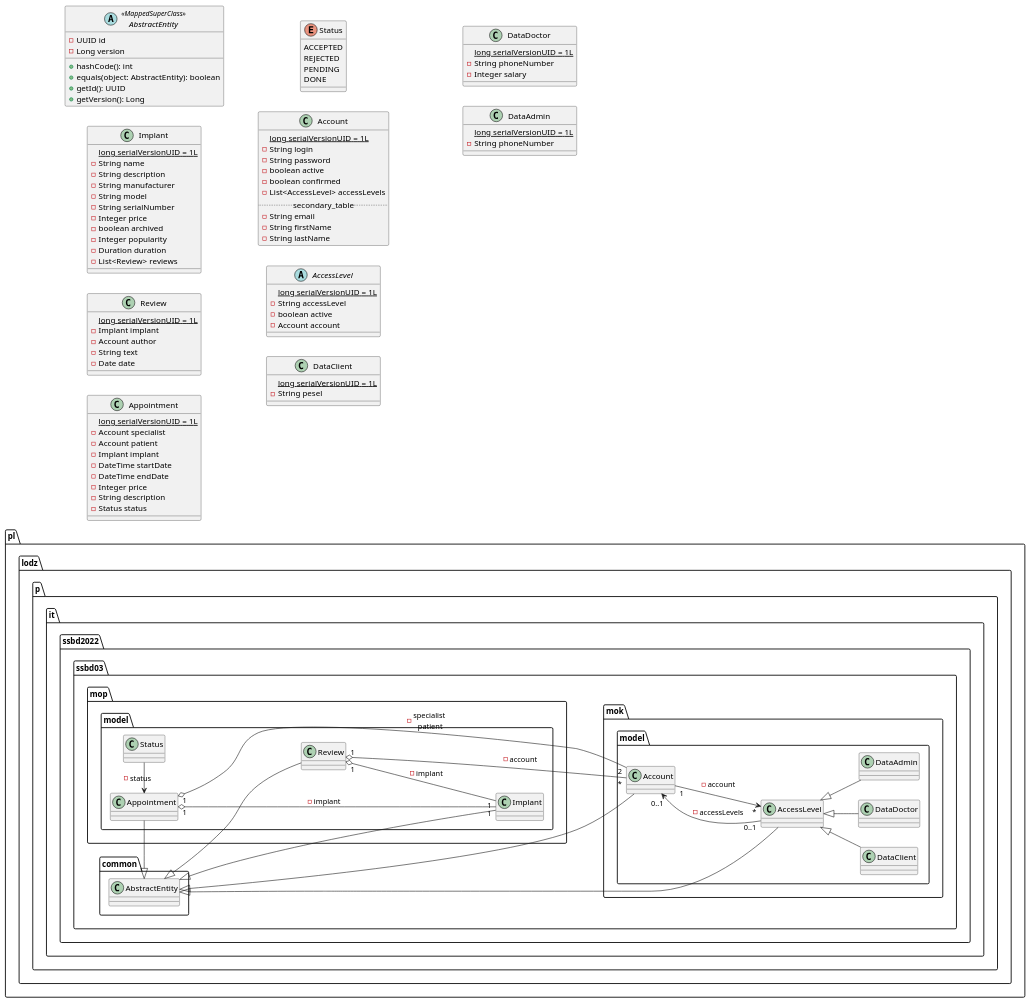
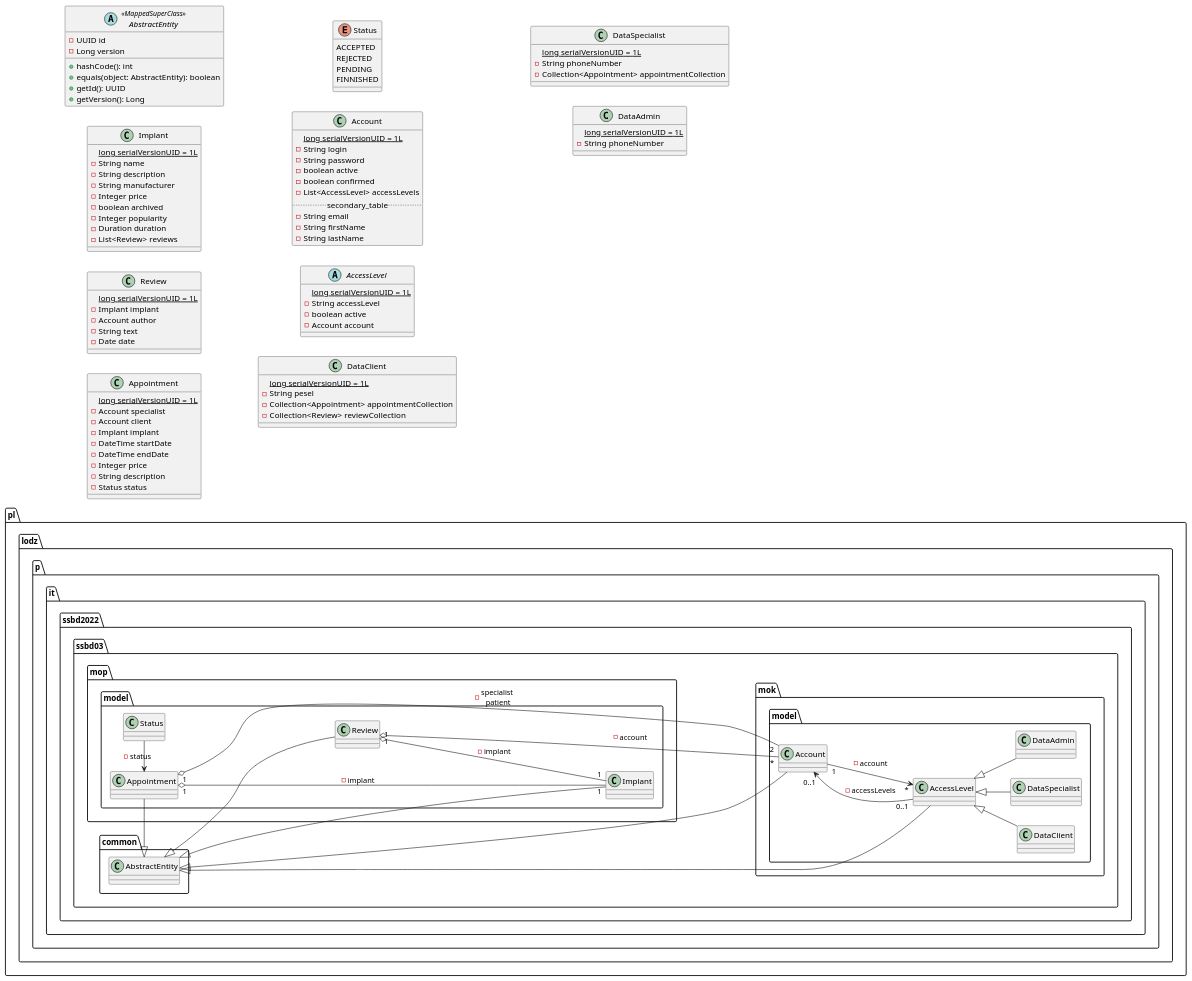
One commit to TheVivent-Politechnika-Lodzka/ssbd03_kic_uml changed the diagram in src/rozdział 6/mok_class_model.puml. Above: the diagram before and after it, drawn with PlantUML.

Commit message:
ogarnięty model encji

```diff
--- a/src/rozdział 6/mok_class_model.puml
+++ b/src/rozdział 6/mok_class_model.puml
@@ -1,168 +1,168 @@
 @startuml model
 left to right direction
 
 package pl.lodz.p.it.ssbd2022.ssbd03.mok.model {
     AccessLevel "*" <-- "1" Account : - account
     Account "0..1" <-- "0..1" AccessLevel : - accessLevels
 
     AccessLevel <|-- DataClient
-    AccessLevel <|-- DataDoctor
+    AccessLevel <|-- DataSpecialist
     AccessLevel <|-- DataAdmin
 }
 
 package pl.lodz.p.it.ssbd2022.ssbd03.mop.model {
     Appointment "1" o---- "2" Account : - specialist \n patient
     Appointment "1" o--- "1" Implant : - implant
     Review "1" o- "*" Account : - account
     Review "1" o-- "1" Implant : - implant
     Appointment <- Status : - status
 }
 
 package pl.lodz.p.it.ssbd2022.ssbd03.common {
     AbstractEntity <|- Account 
     AbstractEntity <|-- AccessLevel
     AbstractEntity <|--- Implant
     AbstractEntity <|- Review
     AbstractEntity <|- Appointment
 }
 
 
 abstract class AbstractEntity <<MappedSuperClass>> {
     -UUID id
     -Long version
 
     +hashCode(): int
     +equals(object: AbstractEntity): boolean
     +getId(): UUID
     +getVersion(): Long
 }
 
 class Implant {
     {static} long serialVersionUID = 1L
     -String name
     -String description
     -String manufacturer
-    -String model
-    -String serialNumber
     -Integer price
     -boolean archived
     -Integer popularity
     -Duration duration
     -List<Review> reviews
 }
 
 class Review {
     {static} long serialVersionUID = 1L
     -Implant implant
     -Account author
     -String text
     -Date date
 }
 
 class Appointment {
     {static} long serialVersionUID = 1L
     -Account specialist
-    -Account patient
+    -Account client
     -Implant implant
     -DateTime startDate
     -DateTime endDate
     -Integer price
     -String description
     -Status status
 }
 
 enum Status {
     ACCEPTED
     REJECTED
     PENDING
-    DONE
+    FINNISHED
 }
 
 class Account {
     {static} long serialVersionUID = 1L
     -String login
     -String password
     -boolean active
     -boolean confirmed
     -List<AccessLevel> accessLevels
     .. secondary_table ..
     -String email
     -String firstName
     -String lastName
     ' --
     ' +Account()
     ' +Account(
     '     login: String,
     '     password: String,
     '     active: boolean,
     '     confirmed: boolean,
     '     accessLevels: List<AccessLevel>,
     '     email: String,
     '     firstName: String,
     '     lastName: String
     ' )
     ' +getLogin(): String
     ' +getPassword(): String
     ' +isActive(): boolean
     ' +isConfirmed(): boolean
     ' +getAccessLevels(): List<AccessLevel>
     ' +getEmail(): String
     ' +getFirstName(): String
     ' +getLastName(): String
     ' +setLogin(login: String): void
     ' +setPassword(password: String): void
     ' +setActive(active: boolean): void
     ' +setConfirmed(confirmed: boolean): void
     ' +setEmail(email: String): void
     ' +setFirstName(firstName: String): void
     ' +setLastName(lastName: String): void
     ' +toString(): String
 }
 
 abstract class AccessLevel {
     {static} long serialVersionUID = 1L
     -String accessLevel
     -boolean active
     -Account account
     ' --
     ' +getAccessLevel(): String
     ' +isActive(): boolean
     ' +getAccount(): Account
     ' +setAccessLevel(accessLevel: String): void
     ' +setActive(active: boolean): void
     ' +setAccount(account: Account): void
     ' +toString(): String
 }
 
 class DataClient {
     {static} long serialVersionUID = 1L
     -String pesel
+    -Collection<Appointment> appointmentCollection
+    -Collection<Review> reviewCollection
     ' --
     ' +DataClient()
     ' +getPesel(): String
     ' +setPesel(pesel: String): void
     ' +toString(): String
 }
 
-class DataDoctor {
+class DataSpecialist {
     {static} long serialVersionUID = 1L
     -String phoneNumber
-    -Integer salary
+    -Collection<Appointment> appointmentCollection
     ' --
     ' +DataDoctor()
     ' +getPhoneNumber(): String
     ' +setPhoneNumber(phoneNumber: String): void
     ' +toString(): String
 }
 
 class DataAdmin {
     {static} long serialVersionUID = 1L
     -String phoneNumber
     ' --
     ' +DataAdmin()
     ' +getPhoneNumber(): String
     ' +setPhoneNumber(phoneNumber: String): void
     ' +toString(): String
 }
 
 @enduml
```
